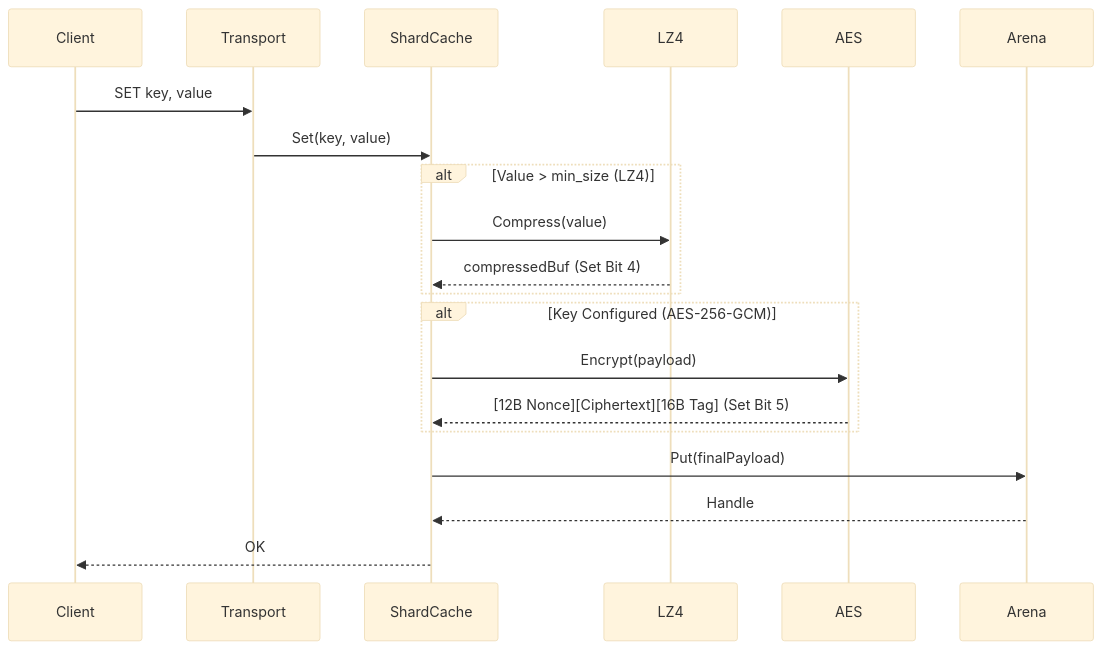
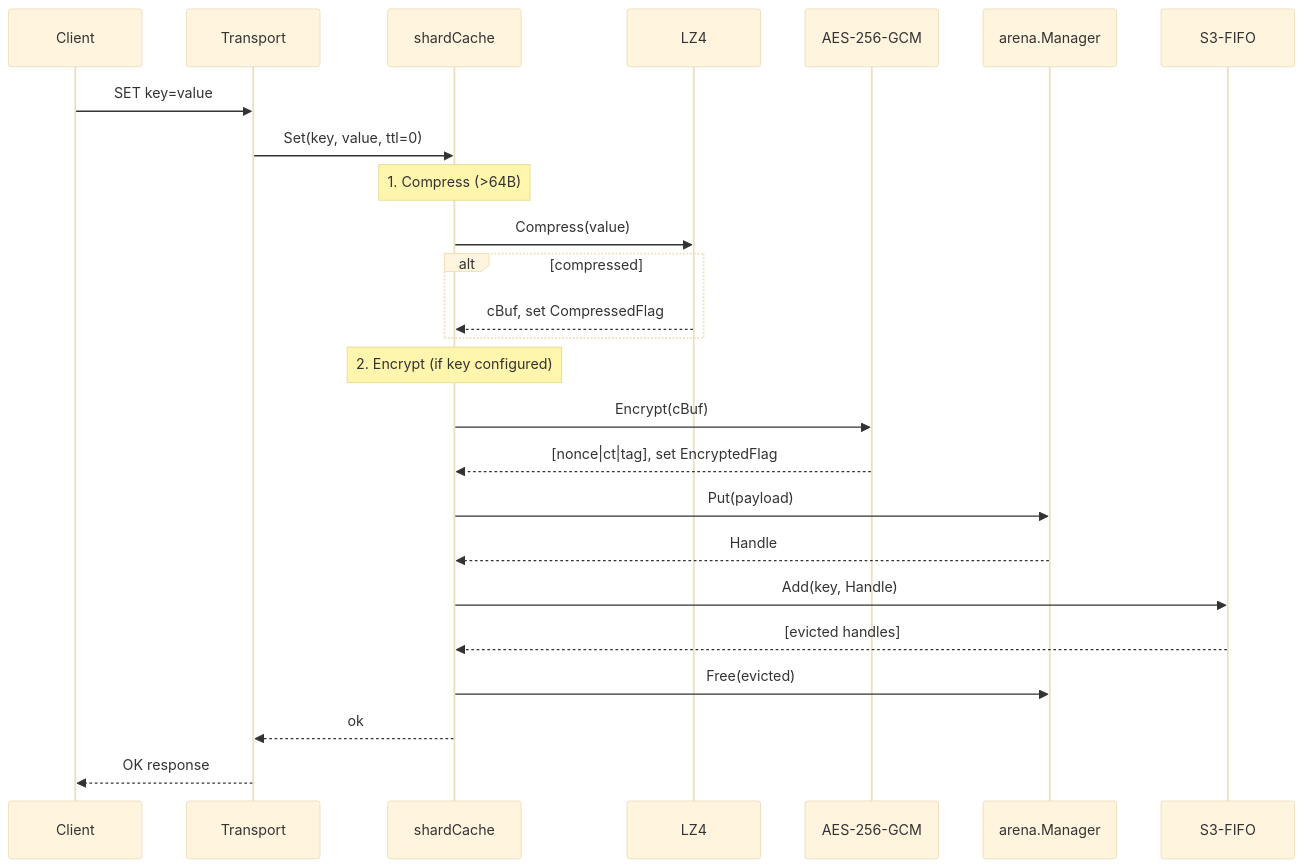
One commit to kshishtovsky/horreum changed the third of 3 diagrams in docs/architecture.md. Above: the diagram before and after it, drawn with Mermaid (base theme). The commit also changed other lines of this file and 20 other files, not shown here.

````diff
--- a/docs/architecture.md
+++ b/docs/architecture.md
@@ -67,26 +242,28 @@
 ```mermaid
 sequenceDiagram
-    participant Client
-    participant Transport
-    participant ShardCache
-    participant LZ4
-    participant AES
-    participant Arena
+    participant C as Client
+    participant T as Transport
+    participant S as shardCache
+    participant L as LZ4
+    participant A as AES-256-GCM
+    participant M as arena.Manager
+    participant E as S3-FIFO
 
-    Client->>Transport: SET key, value
-    Transport->>ShardCache: Set(key, value)
-    
-    alt Value > min_size (LZ4)
-        ShardCache->>LZ4: Compress(value)
-        LZ4-->>ShardCache: compressedBuf (Set Bit 4)
+    C->>T: SET key=value
+    T->>S: Set(key, value, ttl=0)
+    Note over S: 1. Compress (>64B)
+    S->>L: Compress(value)
+    alt compressed
+        L-->>S: cBuf, set CompressedFlag
     end
-
-    alt Key Configured (AES-256-GCM)
-        ShardCache->>AES: Encrypt(payload)
-        AES-->>ShardCache: [12B Nonce][Ciphertext][16B Tag] (Set Bit 5)
-    end
-
-    ShardCache->>Arena: Put(finalPayload)
-    Arena-->>ShardCache: Handle
-    ShardCache-->>Client: OK
+    Note over S: 2. Encrypt (if key configured)
+    S->>A: Encrypt(cBuf)
+    A-->>S: [nonce|ct|tag], set EncryptedFlag
+    S->>M: Put(payload)
+    M-->>S: Handle
+    S->>E: Add(key, Handle)
+    E-->>S: [evicted handles]
+    S->>M: Free(evicted)
+    S-->>T: ok
+    T-->>C: OK response
 ```
````
